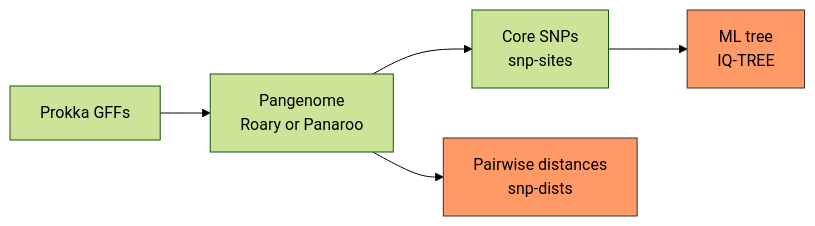
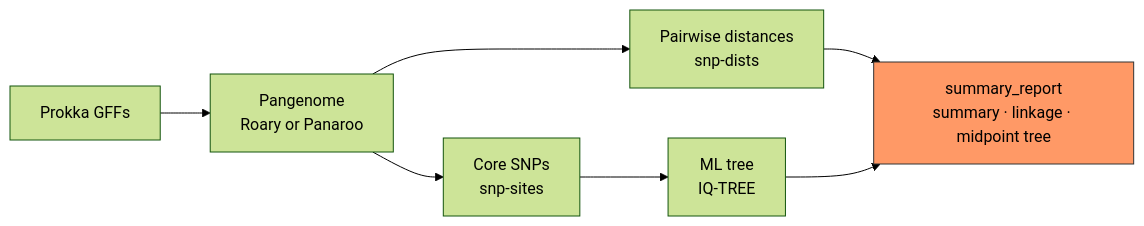
The diagram in README.md (BPHL-Molecular/Talbot), drawn with Mermaid (forest theme) before and after one commit. The commit also changed other lines of this file and 7 other files, not shown here.

Commit message:
Add SNP summary report, linkage report and midpoint-rooted tree

````diff
--- a/README.md
+++ b/README.md
@@ -82,10 +92,11 @@
 ```mermaid
 flowchart LR
     IN[Prokka GFFs] --> PAN["Pangenome<br/>Roary or Panaroo"]
     PAN --> SNP["Core SNPs<br/>snp-sites"]
     PAN --> DIST["Pairwise distances<br/>snp-dists"]
     SNP --> TREE["ML tree<br/>IQ-TREE"]
+    DIST --> REP["summary_report<br/>summary · linkage · midpoint tree"]
+    TREE --> REP
 
-    style TREE fill:#f96,stroke:#333,color:#000
-    style DIST fill:#f96,stroke:#333,color:#000
+    style REP fill:#f96,stroke:#333,color:#000
 ```
````
